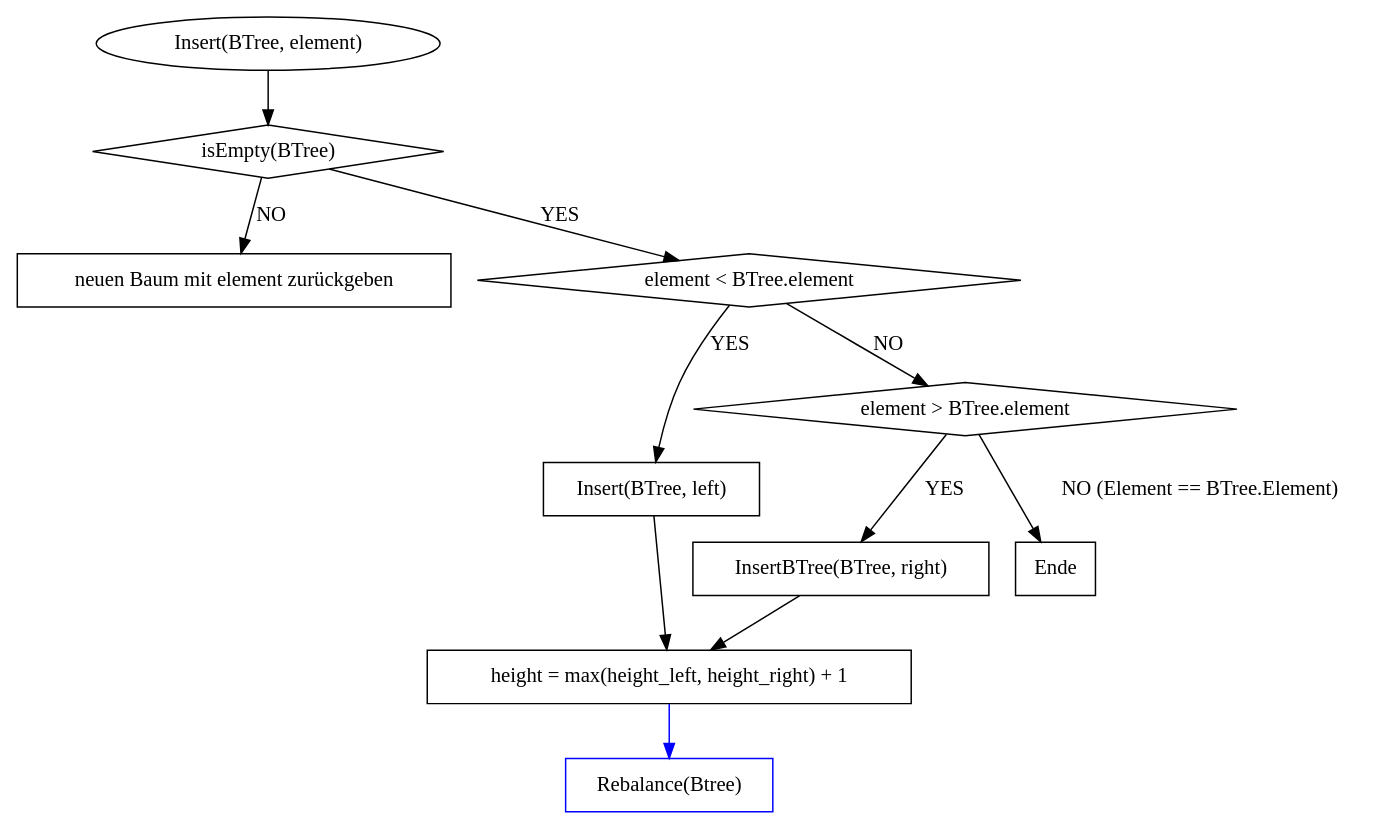
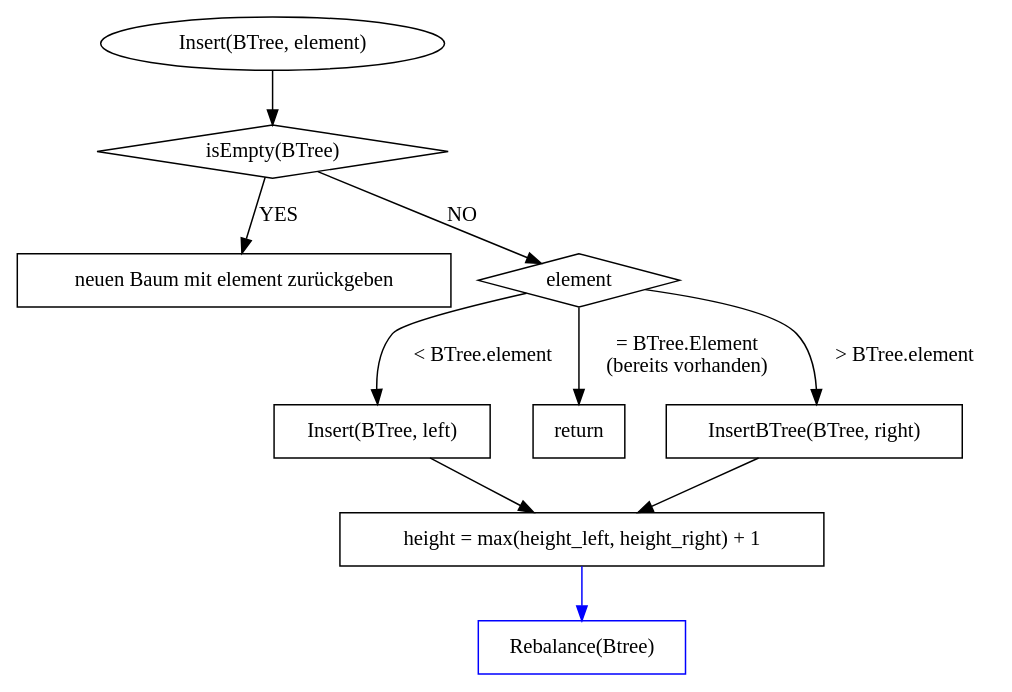
One commit to hugoppp-uni/Hausarbeit-Algorithmen-und-Datenstrukturen changed the diagram in doc/graphviz/insert.gv. Above: the diagram before and after it, drawn with Graphviz. The commit also changed 7 other files, not shown here.

Commit message:
Add graphviz script

```diff
--- a/doc/graphviz/insert.gv
+++ b/doc/graphviz/insert.gv
@@ -1,29 +1,25 @@
 digraph Q {
 
     node [shape = box];
     compound = true;
 
     a1 [label = "Insert(BTree, element)" shape = ellipse]
     a1 -> a2
     a2 [label = "isEmpty(BTree)" shape = diamond]
-    a2-> b2 [label = "NO"]
+    a2-> b2 [label = "YES"]
     b2 [label = "neuen Baum mit element zurückgeben"]
-    a2 -> a3 [label = "YES"]
-    a3 [label = "element < BTree.element" shape = diamond]
-    a3 -> smaller [label = "YES"]
-    a3 -> a4 [label = "NO"]
-    a4 [label = "element > BTree.element" shape = diamond]
-    a4 -> larger [label = "YES"]
-    a4 -> "Ende" [label = "NO (Element == BTree.Element)"]
+    a2 -> element [label = "NO"]
+    element [label = "element" shape = diamond]
+    element -> smaller [label = "< BTree.element"]
+    element -> "return" [label = " = BTree.Element\n (bereits vorhanden)"]
+    element -> larger [label = "> BTree.element"]
     smaller [label = "Insert(BTree, left)"]
-    //smaller -> a1
     larger [label = "InsertBTree(BTree, right)"]
-    //larger -> a1
 
     checkBalance[ label= "Rebalance(Btree)" color = blue]
 
     smaller -> checkReturn2
     larger -> checkReturn2
     checkReturn2 [label = "height = max(height_left, height_right) + 1"]
     checkReturn2 -> checkBalance [color = blue]
 }
```
